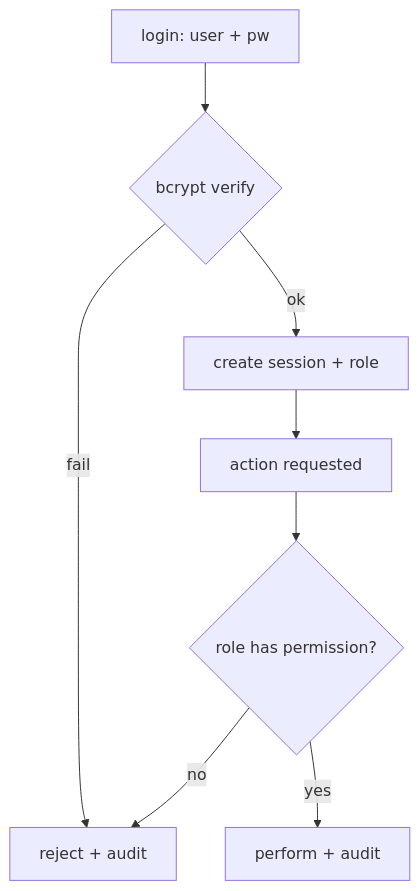
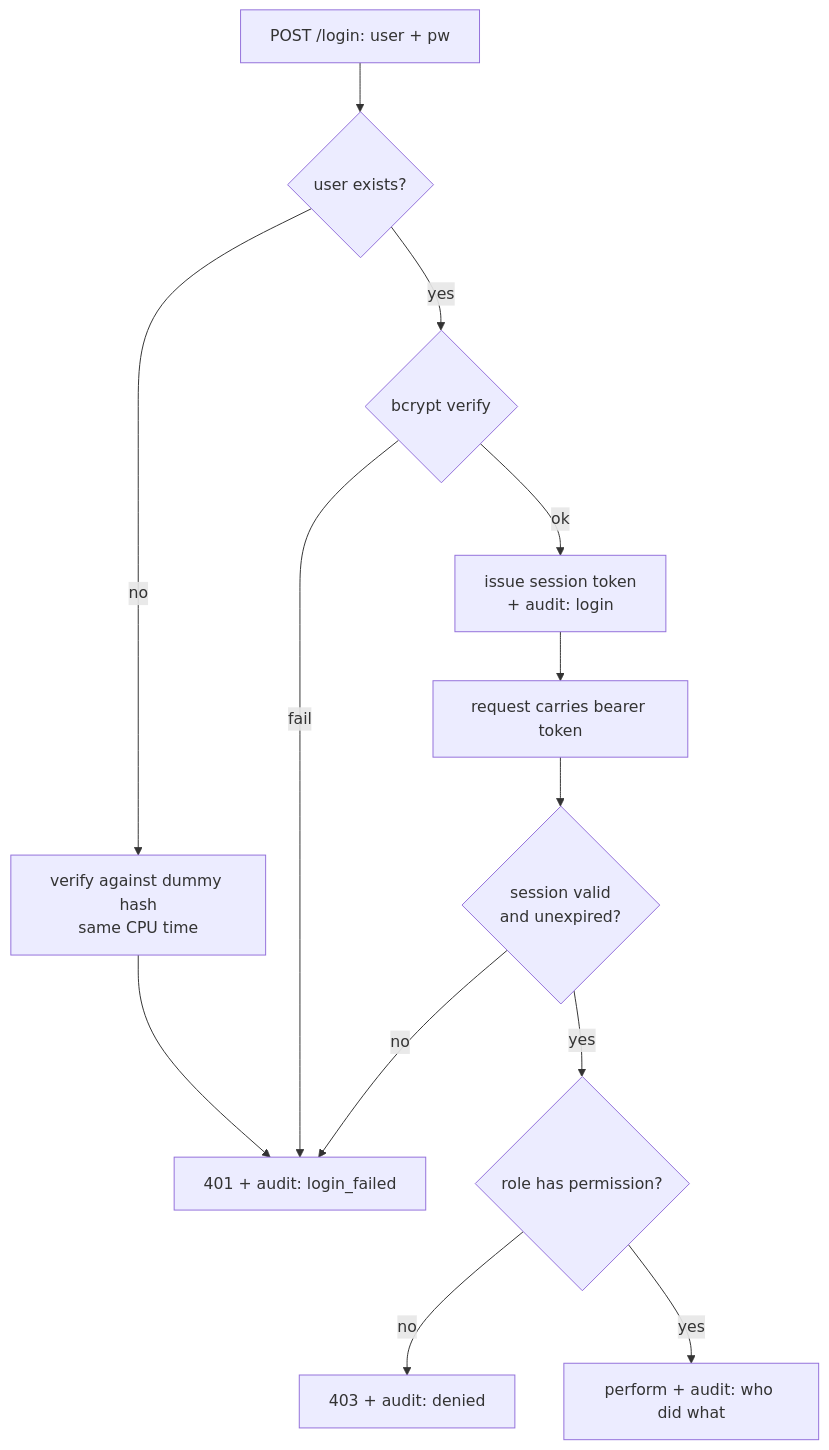
Before and after one commit to chetanjogi/edge-device: diagram 14 of 16 in README.md, drawn with Mermaid. The commit also changed other lines of this file and 1 other file, not shown here.

````diff
--- a/README.md
+++ b/README.md
@@ -863,10 +872,14 @@
 ```mermaid
 flowchart TD
-    LOGIN[login: user + pw] --> HASH{bcrypt verify}
-    HASH -- fail --> DENY[reject + audit]
-    HASH -- ok --> SESS[create session + role]
-    SESS --> ACT[action requested]
-    ACT --> PERM{role has permission?}
-    PERM -- no --> DENY
-    PERM -- yes --> DO[perform + audit]
+    LOGIN[POST /login: user + pw] --> LOOK{user exists?}
+    LOOK -- no --> DUMMY[verify against dummy hash<br/>same CPU time] --> DENY401
+    LOOK -- yes --> HASH{bcrypt verify}
+    HASH -- fail --> DENY401[401 + audit: login_failed]
+    HASH -- ok --> SESS[issue session token<br/>+ audit: login]
+    SESS --> ACT[request carries bearer token]
+    ACT --> VALID{session valid<br/>and unexpired?}
+    VALID -- no --> DENY401
+    VALID -- yes --> PERM{role has permission?}
+    PERM -- no --> DENY403[403 + audit: denied]
+    PERM -- yes --> DO[perform + audit: who did what]
 ```
````
